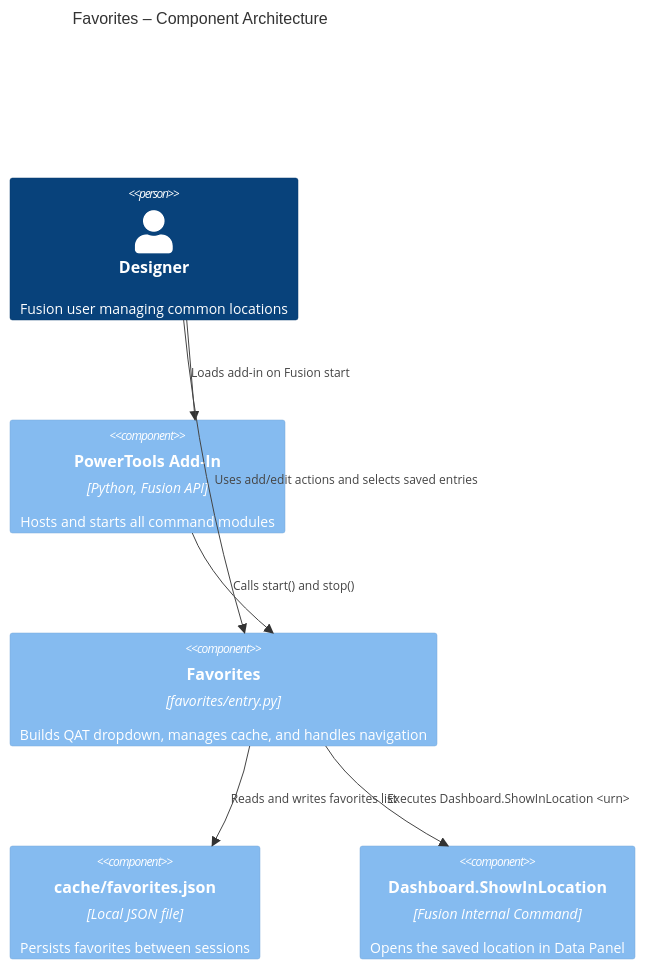
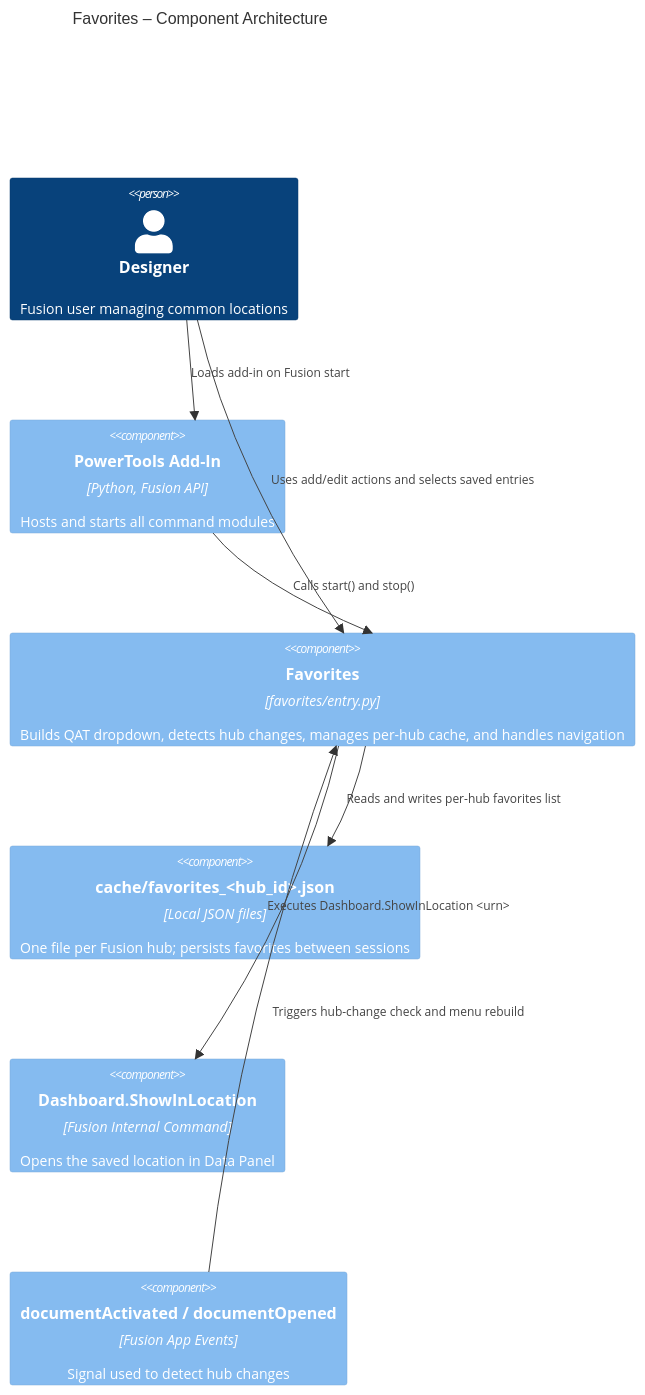
One commit to schneik80/PowerTools-New-Documents changed the diagram in docs/Favorites.md. Above: the diagram before and after it, drawn with Mermaid. The commit also changed other lines of this file and 2 other files, not shown here.

Commit message:
feat: refactor Favorites feature to support per-hub caching and remove legacy cache file

````diff
--- a/docs/Favorites.md
+++ b/docs/Favorites.md
@@ -84,16 +91,18 @@
 ```mermaid
 C4Component
     title Favorites – Component Architecture
 
     Person(user, "Designer", "Fusion user managing common locations")
     Component(addin, "PowerTools Add-In", "Python, Fusion API", "Hosts and starts all command modules")
-    Component(cmd, "Favorites", "favorites/entry.py", "Builds QAT dropdown, manages cache, and handles navigation")
-    Component(cache, "cache/favorites.json", "Local JSON file", "Persists favorites between sessions")
+    Component(cmd, "Favorites", "favorites/entry.py", "Builds QAT dropdown, detects hub changes, manages per-hub cache, and handles navigation")
+    Component(cache, "cache/favorites_<hub_id>.json", "Local JSON files", "One file per Fusion hub; persists favorites between sessions")
     Component(fusion, "Dashboard.ShowInLocation", "Fusion Internal Command", "Opens the saved location in Data Panel")
+    Component(docevt, "documentActivated / documentOpened", "Fusion App Events", "Signal used to detect hub changes")
 
     Rel(user, addin, "Loads add-in on Fusion start")
     Rel(addin, cmd, "Calls start() and stop()")
-    Rel(cmd, cache, "Reads and writes favorites list")
+    Rel(cmd, cache, "Reads and writes per-hub favorites list")
     Rel(user, cmd, "Uses add/edit actions and selects saved entries")
     Rel(cmd, fusion, "Executes Dashboard.ShowInLocation <urn>")
+    Rel(docevt, cmd, "Triggers hub-change check and menu rebuild")
 ```
````
